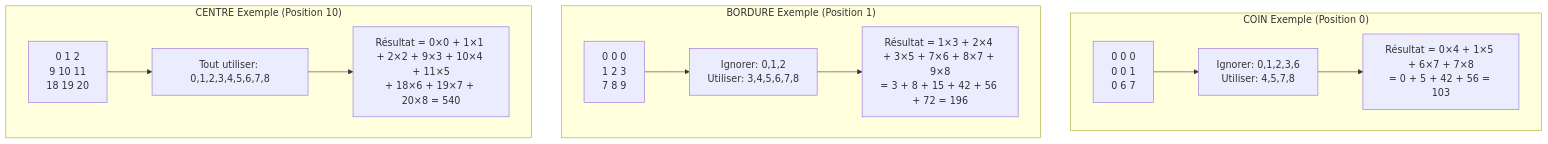
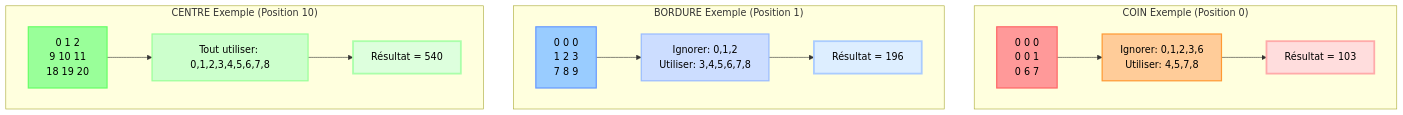
The seventh of 14 diagrams in src/tensor/README_FR.md (jalcim/logilib), drawn with Mermaid before and after one commit. The commit also changed other lines of this file and 1 other file, not shown here.

Commit message:
more mermaid

````diff
--- a/src/tensor/README_FR.md
+++ b/src/tensor/README_FR.md
@@ -119,15 +119,39 @@
 ```mermaid
 graph TD
     subgraph "COIN Exemple (Position 0)"
-        A1[0 0 0<br/>0 0 1<br/>0 6 7] --> B1[Ignorer: 0,1,2,3,6<br/>Utiliser: 4,5,7,8] --> C1[Résultat = 0×4 + 1×5 + 6×7 + 7×8<br/>= 0 + 5 + 42 + 56 = 103]
+        A1[0 0 0<br/>0 0 1<br/>0 6 7] --> B1[Ignorer: 0,1,2,3,6<br/>Utiliser: 4,5,7,8] --> C1[Résultat = 103]
     end
 
     subgraph "BORDURE Exemple (Position 1)"
-        A2[0 0 0<br/>1 2 3<br/>7 8 9] --> B2[Ignorer: 0,1,2<br/>Utiliser: 3,4,5,6,7,8] --> C2[Résultat = 1×3 + 2×4 + 3×5 + 7×6 + 8×7 + 9×8<br/>= 3 + 8 + 15 + 42 + 56 + 72 = 196]
+        A2[0 0 0<br/>1 2 3<br/>7 8 9] --> B2[Ignorer: 0,1,2<br/>Utiliser: 3,4,5,6,7,8] --> C2[Résultat = 196]
     end
 
     subgraph "CENTRE Exemple (Position 10)"
-        A3[0 1 2<br/>9 10 11<br/>18 19 20] --> B3[Tout utiliser: 0,1,2,3,4,5,6,7,8] --> C3[Résultat = 0×0 + 1×1 + 2×2 + 9×3 + 10×4 + 11×5<br/>+ 18×6 + 19×7 + 20×8 = 540]
+        A3[0 1 2<br/>9 10 11<br/>18 19 20] --> B3[Tout utiliser: 0,1,2,3,4,5,6,7,8] --> C3[Résultat = 540]
     end
 
+    classDef cornerData fill:#ff9999,stroke:#ff6666,stroke-width:2px,color:#000
+    classDef borderData fill:#99ccff,stroke:#6699ff,stroke-width:2px,color:#000
+    classDef centerData fill:#99ff99,stroke:#66ff66,stroke-width:2px,color:#000
+
+    classDef cornerProcess fill:#ffcc99,stroke:#ff9933,stroke-width:2px,color:#000
+    classDef borderProcess fill:#ccddff,stroke:#99bbff,stroke-width:2px,color:#000
+    classDef centerProcess fill:#ccffcc,stroke:#99ff99,stroke-width:2px,color:#000
+
+    classDef cornerResult fill:#ffdddd,stroke:#ffaaaa,stroke-width:3px,color:#000
+    classDef borderResult fill:#ddeeff,stroke:#aaccff,stroke-width:3px,color:#000
+    classDef centerResult fill:#ddffdd,stroke:#aaffaa,stroke-width:3px,color:#000
+
+    class A1 cornerData
+    class A2 borderData
+    class A3 centerData
+
+    class B1 cornerProcess
+    class B2 borderProcess
+    class B3 centerProcess
+
+    class C1 cornerResult
+    class C2 borderResult
+    class C3 centerResult
+
 ```
````
